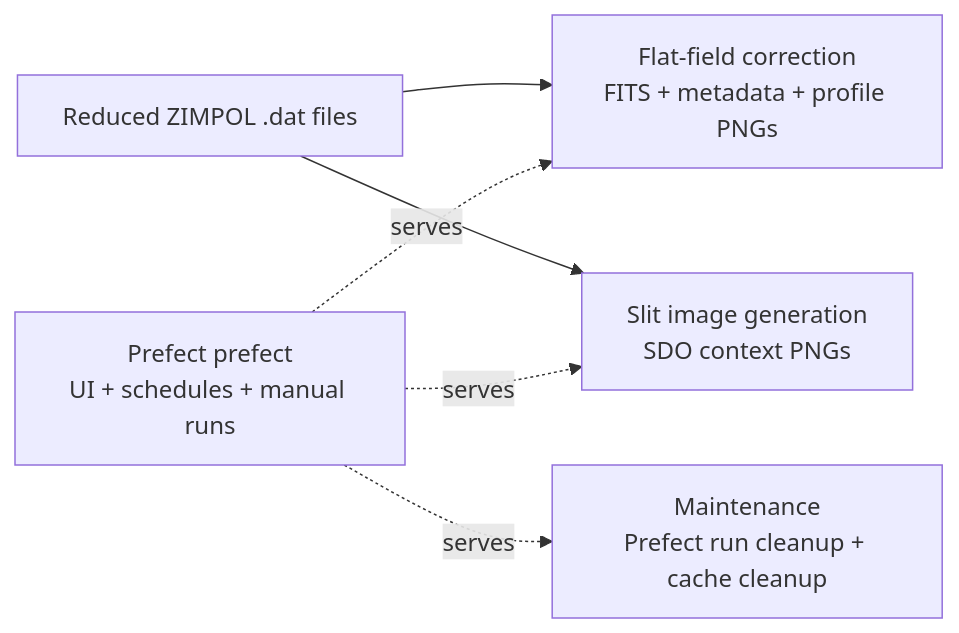
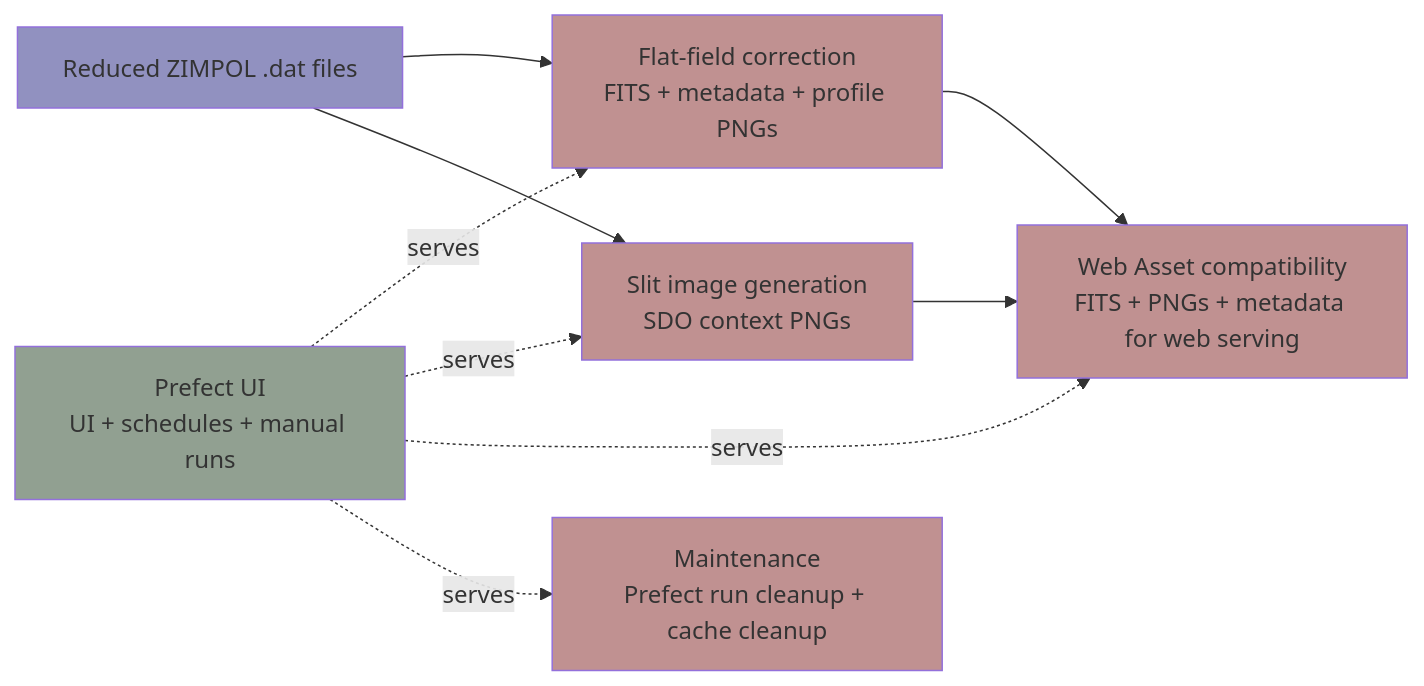
Before and after one commit to cdeldon/irsol-data-pipeline: the diagram in README.md, drawn with Mermaid. The commit also changed other lines of this file and 10 other files, not shown here.

````diff
--- a/README.md
+++ b/README.md
@@ -11,14 +17,29 @@
 ```mermaid
 flowchart LR
     DAT["Reduced ZIMPOL .dat files"]
-    FF["Flat-field correction\nFITS + metadata + profile PNGs"]
-    SI["Slit image generation\nSDO context PNGs"]
-    MT["Maintenance\nPrefect run cleanup + cache cleanup"]
-    PF["Prefect prefect\nUI + schedules + manual runs"]
+    FF["Flat-field correction<br>FITS + metadata + profile PNGs"]
+    SI["Slit image generation<br>SDO context PNGs"]
+    WEB["Web Asset compatibility<br>FITS + PNGs + metadata for web serving"]
+    MT["Maintenance<br>Prefect run cleanup + cache cleanup"]
+    PF["Prefect UI<br>UI + schedules + manual runs"]
 
     DAT --> FF
     DAT --> SI
     PF -. serves .-> FF
     PF -. serves .-> SI
+    PF -. serves .-> WEB
     PF -. serves .-> MT
+    FF --> WEB
+    SI --> WEB
+
+    classDef data fill:#9191c0
+    classDef flow fill:#c09191
+    classDef service fill:#91a091
+
+    class DAT data
+    class FF flow
+    class SI flow
+    class WEB flow
+    class MT flow
+    class PF service
 ```
````
